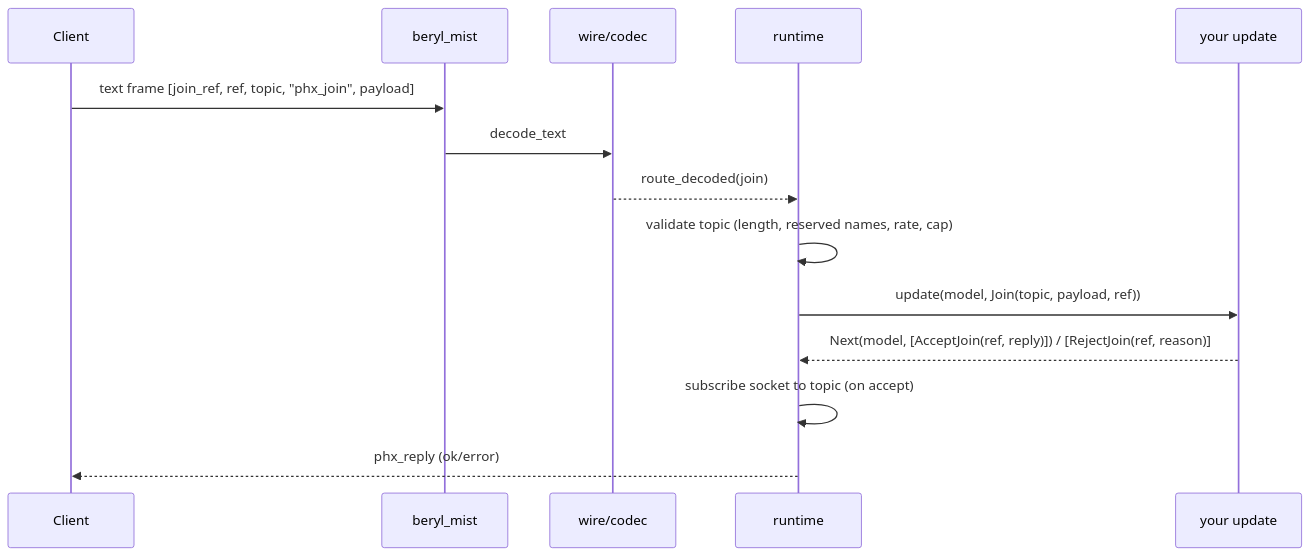
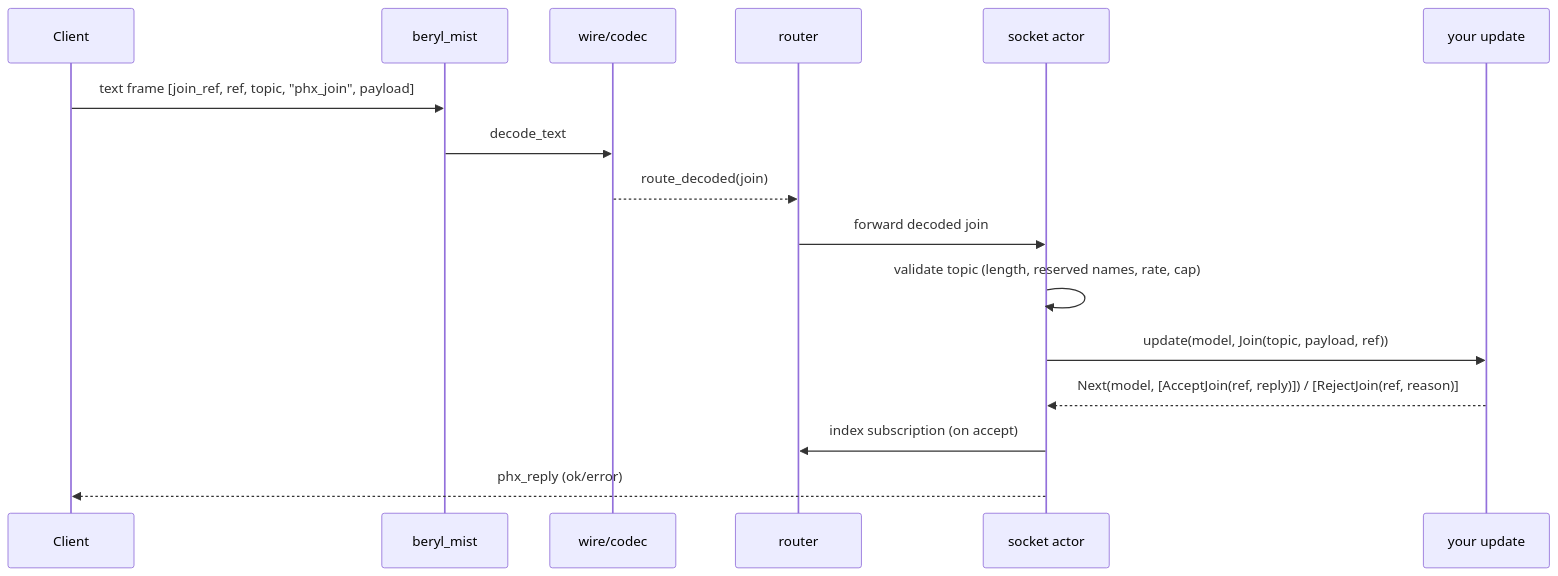
Before and after one commit to tylerbutler/beryl: the second of 6 diagrams in website/src/content/docs/architecture/message-lifecycle.md, drawn with Mermaid. The commit also changed other lines of this file and 13 other files, not shown here.

Commit message:
docs: update per-socket actor architecture

````diff
--- a/website/src/content/docs/architecture/message-lifecycle.md
+++ b/website/src/content/docs/architecture/message-lifecycle.md
@@ -35,16 +40,18 @@
 ```mermaid
 sequenceDiagram
   participant Client
   participant Mist as beryl_mist
   participant Wire as wire/codec
-  participant RT as runtime
+  participant Router as router
+  participant Socket as socket actor
   participant App as your update
   Client->>Mist: text frame [join_ref, ref, topic, "phx_join", payload]
   Mist->>Wire: decode_text
-  Wire-->>RT: route_decoded(join)
-  RT->>RT: validate topic (length, reserved names, rate, cap)
-  RT->>App: update(model, Join(topic, payload, ref))
-  App-->>RT: Next(model, [AcceptJoin(ref, reply)]) / [RejectJoin(ref, reason)]
-  RT->>RT: subscribe socket to topic (on accept)
-  RT-->>Client: phx_reply (ok/error)
+  Wire-->>Router: route_decoded(join)
+  Router->>Socket: forward decoded join
+  Socket->>Socket: validate topic (length, reserved names, rate, cap)
+  Socket->>App: update(model, Join(topic, payload, ref))
+  App-->>Socket: Next(model, [AcceptJoin(ref, reply)]) / [RejectJoin(ref, reason)]
+  Socket->>Router: index subscription (on accept)
+  Socket-->>Client: phx_reply (ok/error)
 ```
````
